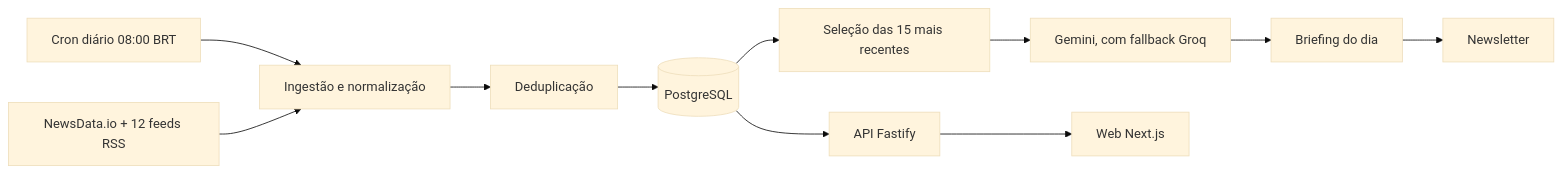
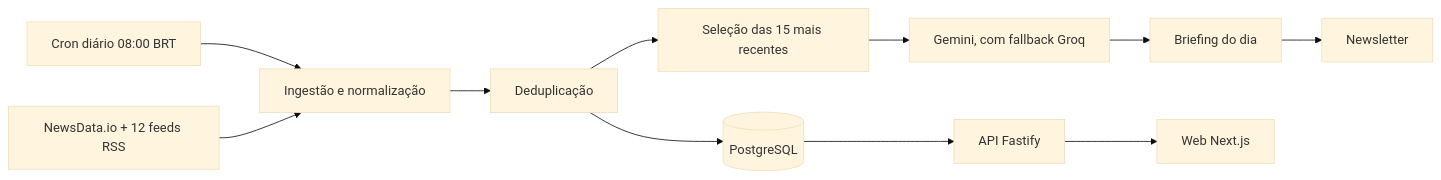
One commit to tavinholoco/newra-news changed the diagram in README.pt-BR.md. Above: the diagram before and after it, drawn with Mermaid (base theme). The commit also changed other lines of this file and 12 other files, not shown here.

````diff
--- a/README.pt-BR.md
+++ b/README.pt-BR.md
@@ -76,13 +76,13 @@
 ```mermaid
 flowchart LR
     CRON["Cron diário 08:00 BRT"] --> ING[Ingestão e normalização]
     SRC["NewsData.io + 12 feeds RSS"] --> ING
     ING --> DEDUP[Deduplicação]
     DEDUP --> DB[(PostgreSQL)]
-    DB --> SEL[Seleção das 15 mais recentes]
+    DEDUP --> SEL[Seleção das 15 mais recentes]
     SEL --> AI["Gemini, com fallback Groq"]
     AI --> ART[Briefing do dia]
     ART --> MAIL[Newsletter]
     DB --> API[API Fastify]
     API --> WEB[Web Next.js]
 ```
````
